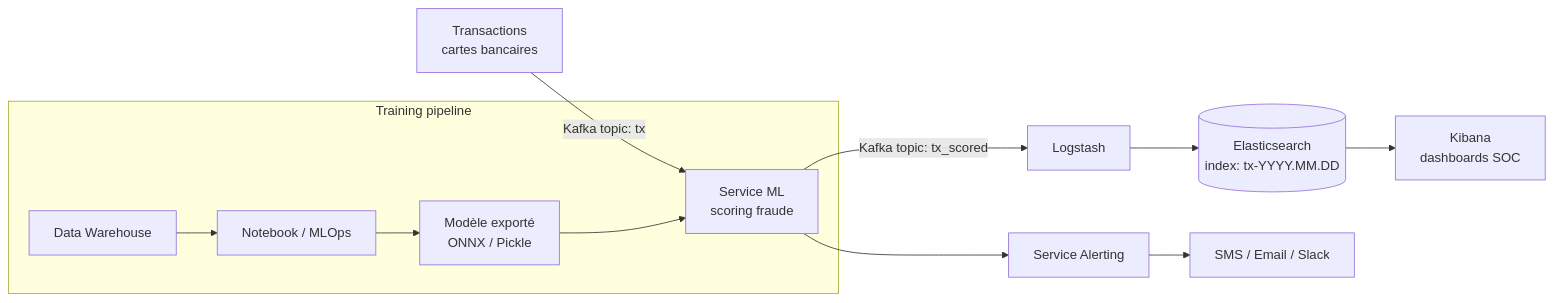
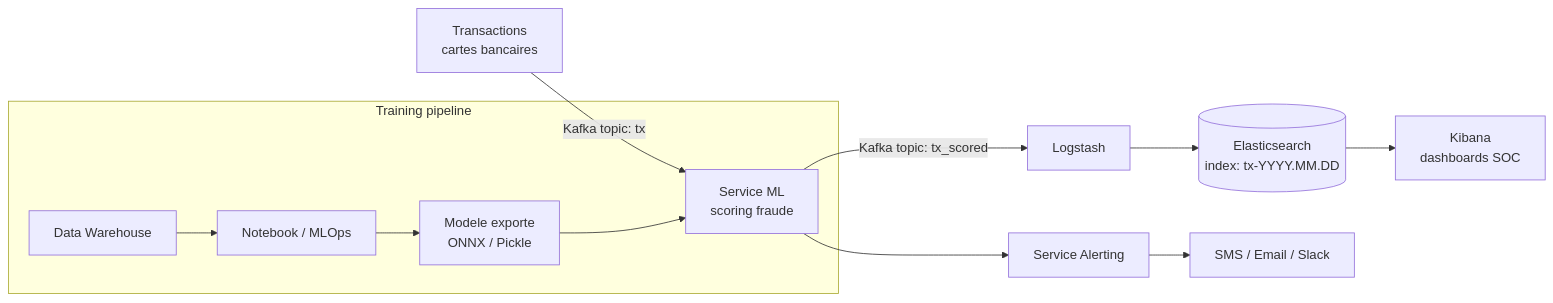
Before and after one commit to haythem-rehouma/Elastic-Search-0: the second of 4 diagrams in docs2-cours1/18-annexe-architectures-avancees.md, drawn with Mermaid. The commit also changed other lines of this file and 49 other files, not shown here.

````diff
--- a/docs2-cours1/18-annexe-architectures-avancees.md
+++ b/docs2-cours1/18-annexe-architectures-avancees.md
@@ -87,16 +87,16 @@
 ```mermaid
 flowchart LR
-    Tx[Transactions<br/>cartes bancaires] -->|Kafka topic: tx| F[Service ML<br/>scoring fraude]
-    F -->|Kafka topic: tx_scored| L[Logstash]
-    L --> ES[(Elasticsearch<br/>index: tx-YYYY.MM.DD)]
-    ES --> KB[Kibana<br/>dashboards SOC]
+    Tx["Transactions<br/>cartes bancaires"] -->|"Kafka topic: tx"| F["Service ML<br/>scoring fraude"]
+    F -->|"Kafka topic: tx_scored"| L["Logstash"]
+    L --> ES[("Elasticsearch<br/>index: tx-YYYY.MM.DD")]
+    ES --> KB["Kibana<br/>dashboards SOC"]
 
-    F --> AL[Service Alerting]
-    AL --> SMS[SMS / Email / Slack]
+    F --> AL["Service Alerting"]
+    AL --> SMS["SMS / Email / Slack"]
 
-    subgraph Training pipeline
-      DW[Data Warehouse] --> M[Notebook / MLOps]
-      M --> R[Modèle exporté<br/>ONNX / Pickle]
+    subgraph Training_pipeline ["Training pipeline"]
+      DW["Data Warehouse"] --> M["Notebook / MLOps"]
+      M --> R["Modele exporte<br/>ONNX / Pickle"]
       R --> F
     end
 ```
````
